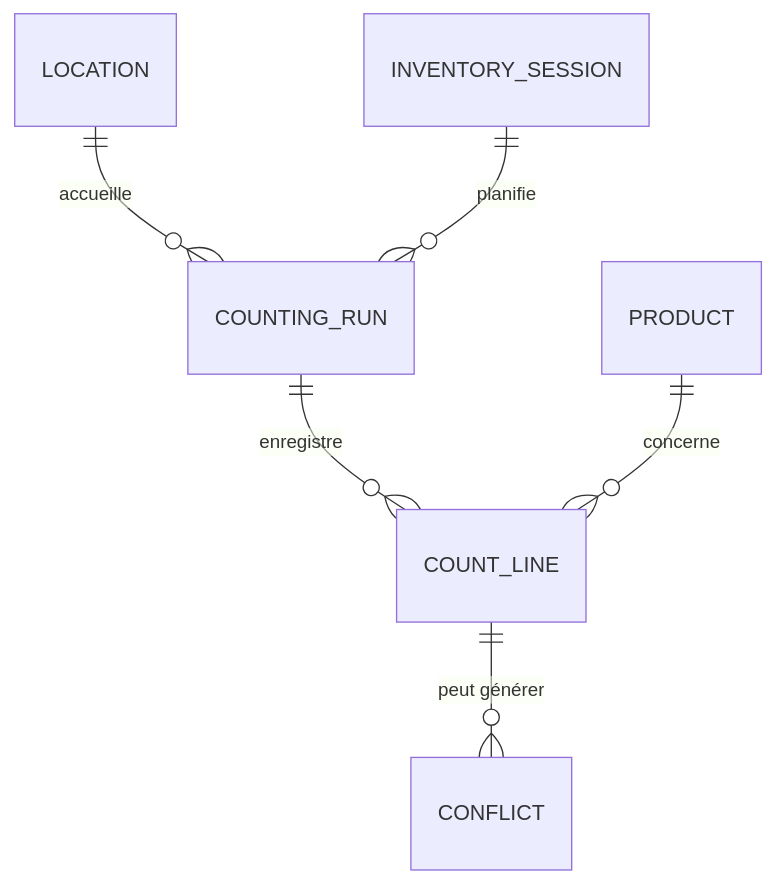
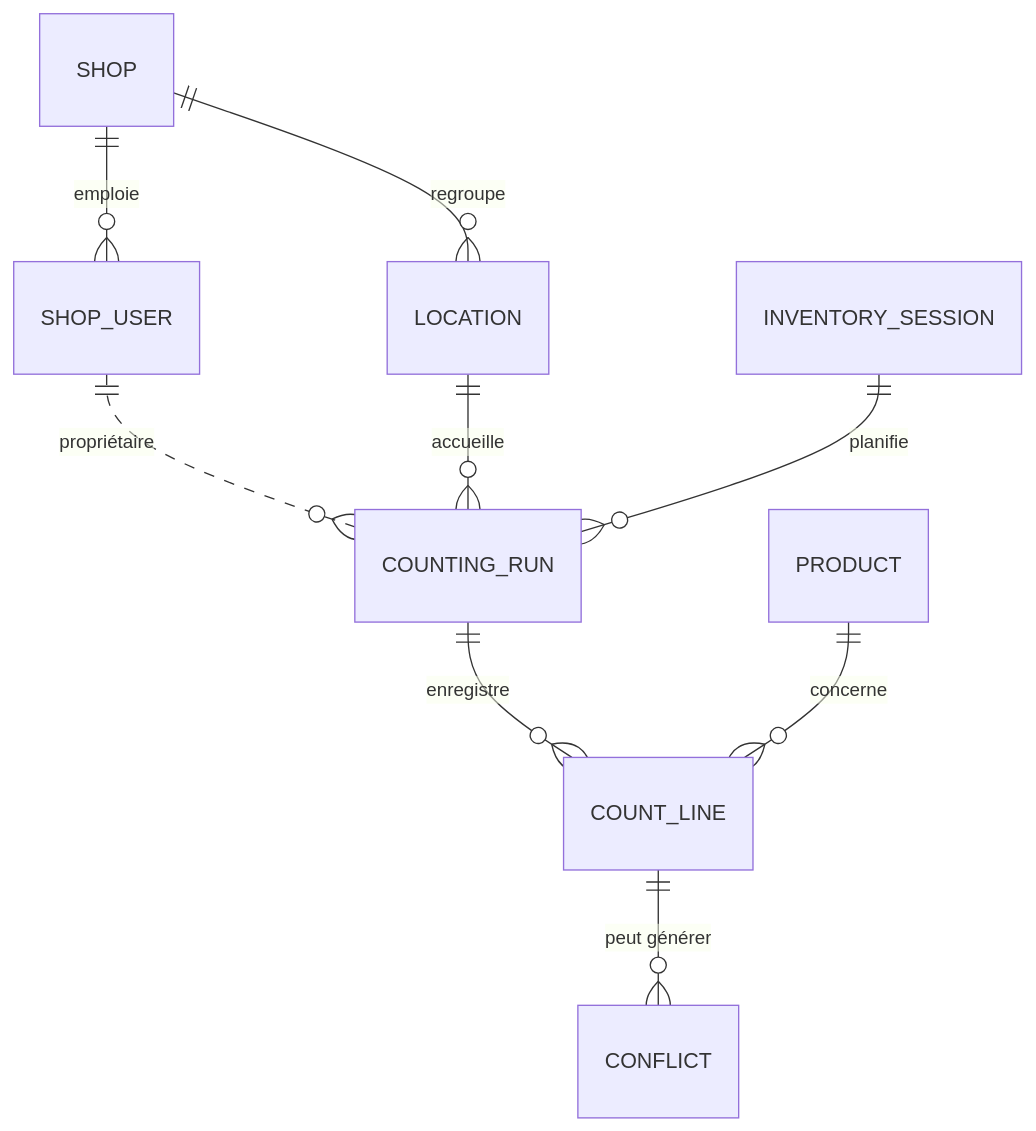
The first of 2 diagrams in docs/database/README.md (TSF-IT/CineBoutique-Inventaire), drawn with Mermaid before and after one commit. The commit also changed other lines of this file and 27 other files, not shown here.

````diff
--- a/docs/database/README.md
+++ b/docs/database/README.md
@@ -7,8 +7,11 @@
 ```mermaid
 erDiagram
+    SHOP ||--o{ LOCATION : "regroupe"
+    SHOP ||--o{ SHOP_USER : "emploie"
+    SHOP_USER ||..o{ COUNTING_RUN : "propriétaire"
     LOCATION ||--o{ COUNTING_RUN : "accueille"
     INVENTORY_SESSION ||--o{ COUNTING_RUN : "planifie"
     COUNTING_RUN ||--o{ COUNT_LINE : "enregistre"
     PRODUCT ||--o{ COUNT_LINE : "concerne"
     COUNT_LINE ||--o{ CONFLICT : "peut générer"
 ```
````
